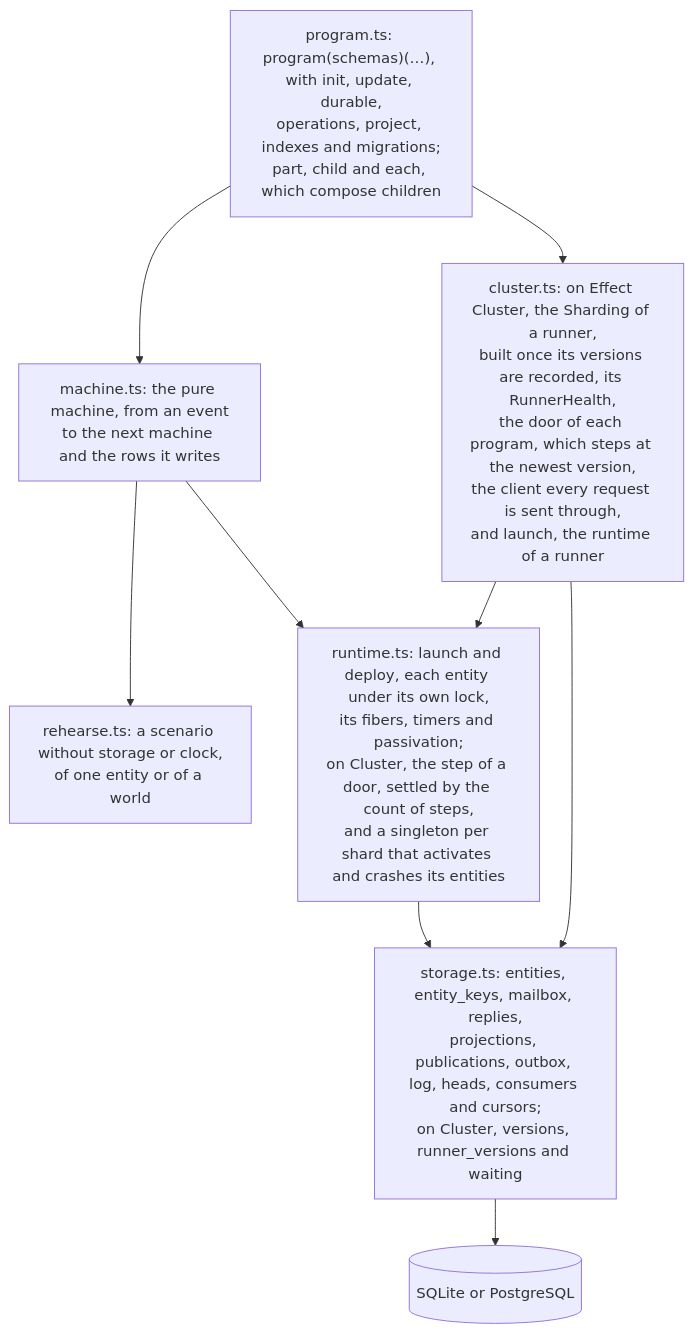
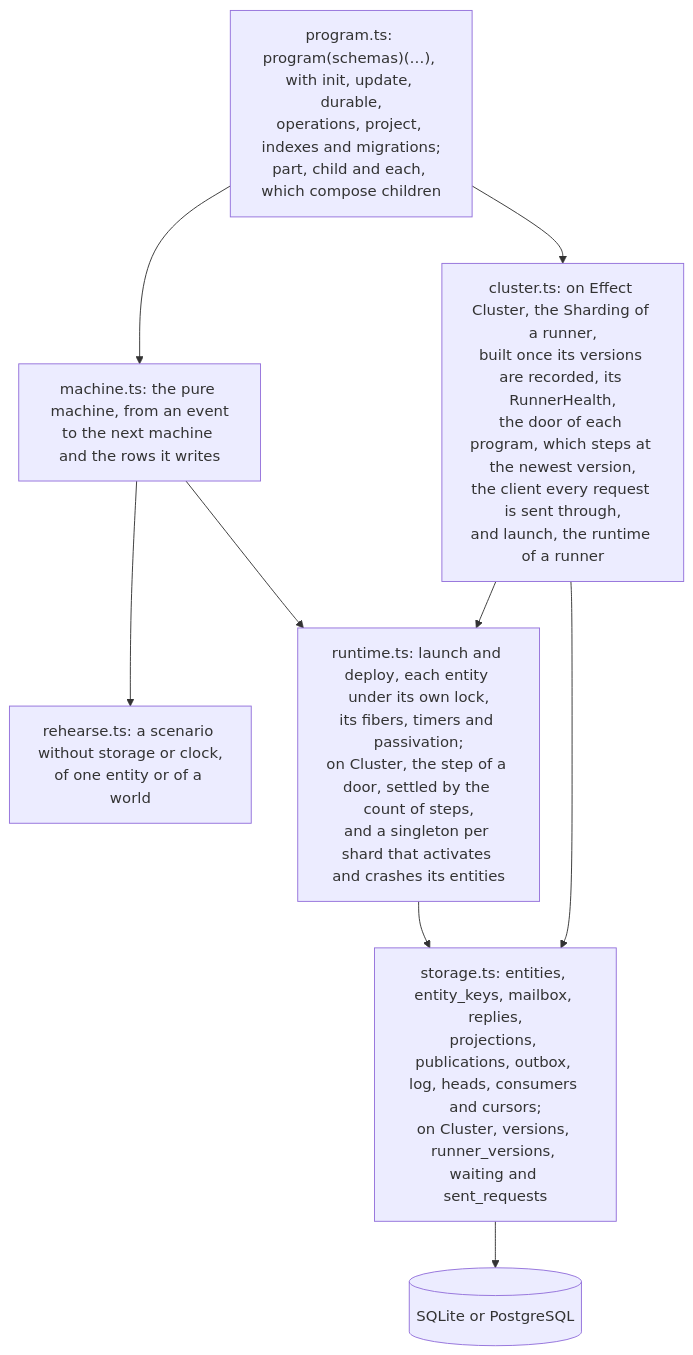
The second of 2 diagrams in README.md (fgaudo/effect-tea-durable), drawn with Mermaid before and after one commit. The commit also changed 12 other files, not shown here.

````diff
--- a/README.md
+++ b/README.md
@@ -88,19 +88,19 @@
 ```mermaid
 flowchart TB
   program["program.ts: program(schemas)(…), with init, update, durable,<br/>operations, project, indexes and migrations;<br/>part, child and each, which compose children"]
   machine["machine.ts: the pure machine, from an event<br/>to the next machine and the rows it writes"]
   rehearse["rehearse.ts: a scenario without storage or clock,<br/>of one entity or of a world"]
   runtime["runtime.ts: launch and deploy, each entity under its own lock,<br/>its fibers, timers and passivation;<br/>on Cluster, the step of a door, settled by the count of steps,<br/>and a singleton per shard that activates and crashes its entities"]
   cluster["cluster.ts: on Effect Cluster, the Sharding of a runner,<br/>built once its versions are recorded, its RunnerHealth,<br/>the door of each program, which steps at the newest version,<br/>the client every request is sent through,<br/>and launch, the runtime of a runner"]
-  storage["storage.ts: entities, entity_keys, mailbox, replies,<br/>projections, publications, outbox, log, heads, consumers and cursors;<br/>on Cluster, versions, runner_versions and waiting"]
+  storage["storage.ts: entities, entity_keys, mailbox, replies,<br/>projections, publications, outbox, log, heads, consumers and cursors;<br/>on Cluster, versions, runner_versions, waiting and sent_requests"]
   db[(SQLite or PostgreSQL)]
 
   program --> machine
   machine --> rehearse
   machine --> runtime
   program --> cluster
   runtime --> storage
   cluster --> runtime
   cluster --> storage
   storage --> db
 ```
````
